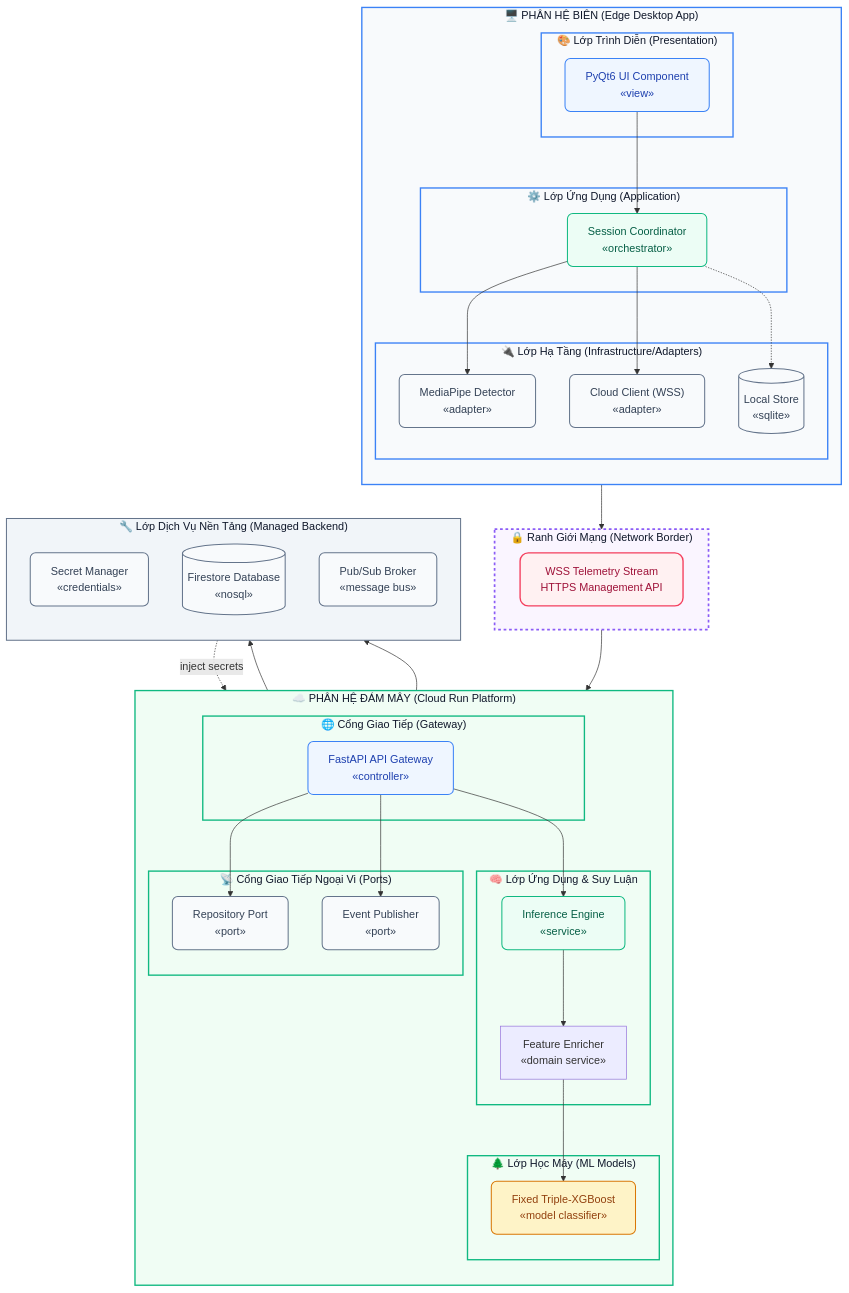
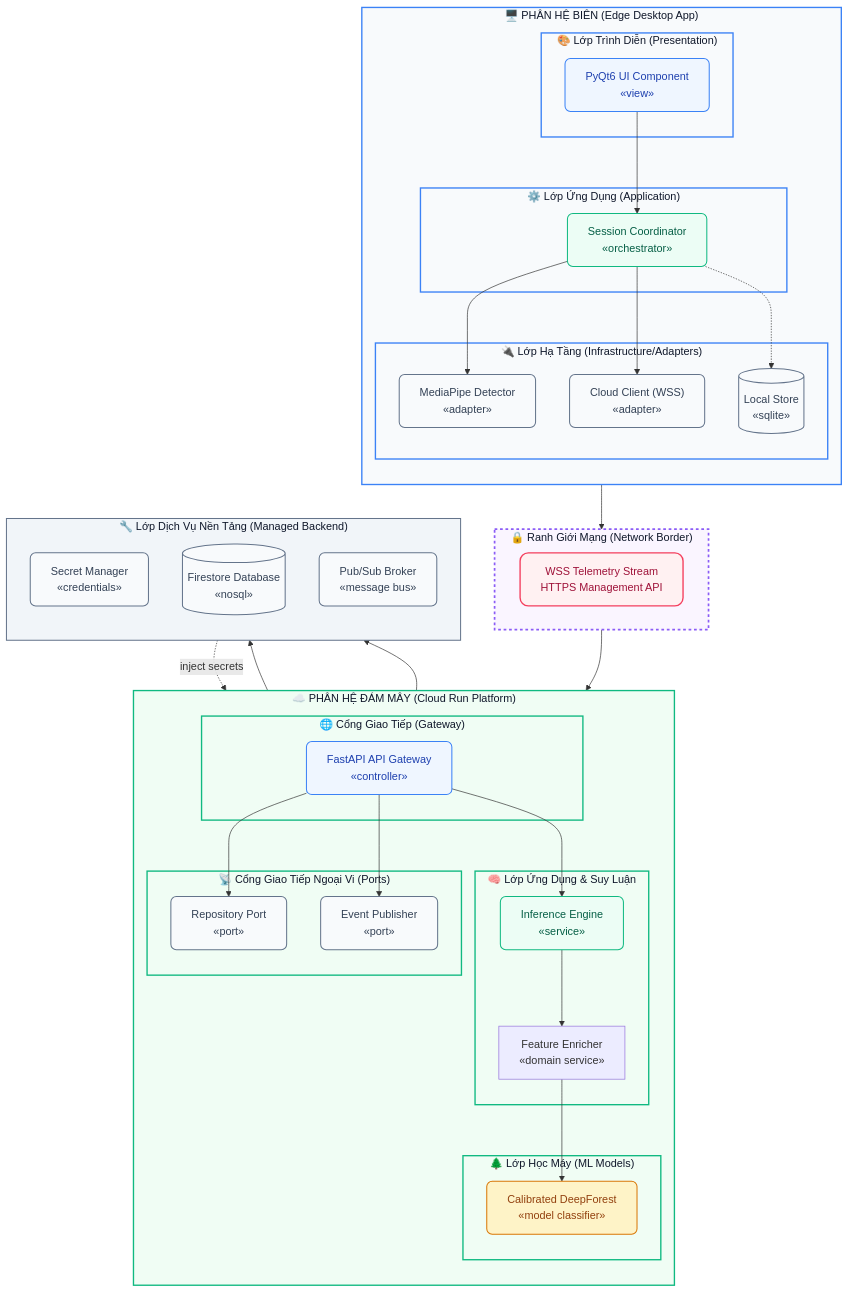
The diagram in docs/uml/02_component.mmd (nguyenhoangviethung/FocusTracker), drawn with Mermaid before and after one commit. The commit also changed 44 other files, not shown here.

Commit message:
Big change: Product model is DepthForest

```diff
--- a/docs/uml/02_component.mmd
+++ b/docs/uml/02_component.mmd
@@ -1,97 +1,97 @@
 graph TB
     %% EDGE SYSTEM PACKAGE
     subgraph EDGE["🖥️ PHÂN HỆ BIÊN (Edge Desktop App)"]
         direction TB
 
         subgraph EDGE_PRES["🎨 Lớp Trình Diễn (Presentation)"]
             UI["PyQt6 UI Component<br/>«view»"]
         end
 
         subgraph EDGE_APP["⚙️ Lớp Ứng Dụng (Application)"]
             ST["Session Coordinator<br/>«orchestrator»"]
         end
 
         subgraph EDGE_INFRA["🔌 Lớp Hạ Tầng (Infrastructure/Adapters)"]
             MP["MediaPipe Detector<br/>«adapter»"]
             CC["Cloud Client (WSS)<br/>«adapter»"]
             LOCAL[("Local Store<br/>«sqlite»")]
         end
 
         UI --> ST
         ST --> MP
         ST --> CC
         ST -.-> LOCAL
     end
 
     %% NETWORK BOUNDARY
     subgraph NETWORK["🔒 Ranh Giới Mạng (Network Border)"]
         direction LR
         PROTO["WSS Telemetry Stream<br/>HTTPS Management API"]
     end
 
     %% CLOUD SYSTEM PACKAGE
     subgraph CLOUD["☁️ PHÂN HỆ ĐÁM MÂY (Cloud Run Platform)"]
         direction TB
 
         subgraph CLOUD_GW["🌐 Cổng Giao Tiếp (Gateway)"]
             API["FastAPI API Gateway<br/>«controller»"]
         end
 
         subgraph CLOUD_APP["🧠 Lớp Ứng Dụng & Suy Luận"]
             INF["Inference Engine<br/>«service»"]
             ENRICH["Feature Enricher<br/>«domain service»"]
         end
 
         subgraph CLOUD_MODEL["🌲 Lớp Học Máy (ML Models)"]
-            XGB["Fixed Triple-XGBoost<br/>«model classifier»"]
+            XGB["Calibrated DeepForest<br/>«model classifier»"]
         end
 
         subgraph CLOUD_PORTS["📡 Cổng Giao Tiếp Ngoại Vi (Ports)"]
             REPO["Repository Port<br/>«port»"]
             EVT["Event Publisher<br/>«port»"]
         end
 
         API --> INF
         API --> REPO
         API --> EVT
         INF --> ENRICH
         ENRICH --> XGB
     end
 
     %% BACKEND SERVICES PACKAGE
     subgraph BACKEND["🔧 Lớp Dịch Vụ Nền Tảng (Managed Backend)"]
         direction TB
         SM["Secret Manager<br/>«credentials»"]
         FS[("Firestore Database<br/>«nosql»")]
         PS["Pub/Sub Broker<br/>«message bus»"]
     end
 
     %% Global Connections
     CC --> PROTO
     PROTO --> API
     REPO --> FS
     EVT --> PS
     SM -.->|"inject secrets"| API
 
     %% Theme Styling Definitions
     classDef edgeBg fill:#F8FAFC,stroke:#3B82F6,stroke-width:2px,color:#0F172A;
     classDef cloudBg fill:#F0FDF4,stroke:#10B981,stroke-width:2px,color:#0F172A;
     classDef borderBg fill:#FAF5FF,stroke:#8B5CF6,stroke-width:2.5px,color:#0F172A,stroke-dasharray: 4 4;
     classDef backendBg fill:#F1F5F9,stroke:#64748B,stroke-width:1.5px,color:#0F172A;
 
     classDef presNode fill:#EFF6FF,stroke:#3B82F6,stroke-width:1.5px,color:#1E40AF,rx:8px,ry:8px;
     classDef appNode fill:#ECFDF5,stroke:#10B981,stroke-width:1.5px,color:#065F46,rx:8px,ry:8px;
     classDef infraNode fill:#F8FAFC,stroke:#64748B,stroke-width:1.5px,color:#334155,rx:8px,ry:8px;
     classDef modelNode fill:#FEF3C7,stroke:#D97706,stroke-width:1.5px,color:#92400E,rx:8px,ry:8px;
     classDef networkNode fill:#FFF1F2,stroke:#F43F5E,stroke-width:2px,color:#9F1239,rx:12px,ry:12px;
 
     class EDGE,EDGE_PRES,EDGE_APP,EDGE_INFRA edgeBg;
     class CLOUD,CLOUD_GW,CLOUD_APP,CLOUD_MODEL,CLOUD_PORTS cloudBg;
     class NETWORK borderBg;
     class BACKEND backendBg;
 
     class UI,API presNode;
     class ST,INF appNode;
     class MP,CC,REPO,EVT,LOCAL,FS,PS,SM,LOCAL,FS,PS infraNode;
     class XGB modelNode;
     class PROTO networkNode;
```
